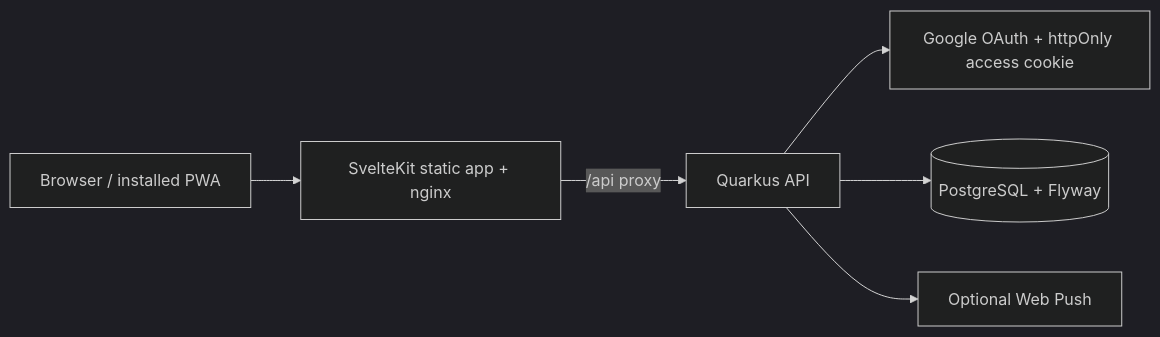
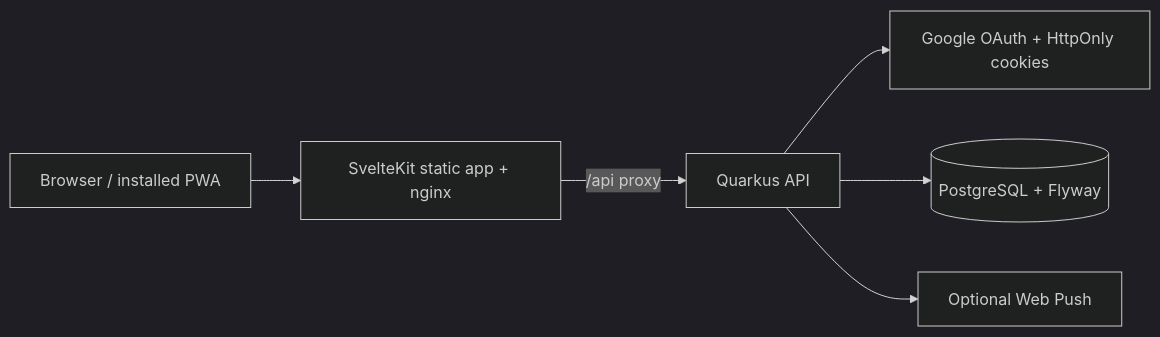
The diagram in README.md (sashplatonov/habit-runner), drawn with Mermaid (dark theme) before and after one commit. The commit also changed other lines of this file and 1 other file, not shown here.

````diff
--- a/README.md
+++ b/README.md
@@ -13,15 +90,15 @@
 ```mermaid
 flowchart LR
   browser[Browser / installed PWA]
   web[SvelteKit static app + nginx]
   api[Quarkus API]
-  auth[Google OAuth + httpOnly access cookie]
+  auth[Google OAuth + HttpOnly cookies]
   db[(PostgreSQL + Flyway)]
   push[Optional Web Push]
 
   browser --> web
   web -->|/api proxy| api
   api --> auth
   api --> db
   api --> push
 ```
````
